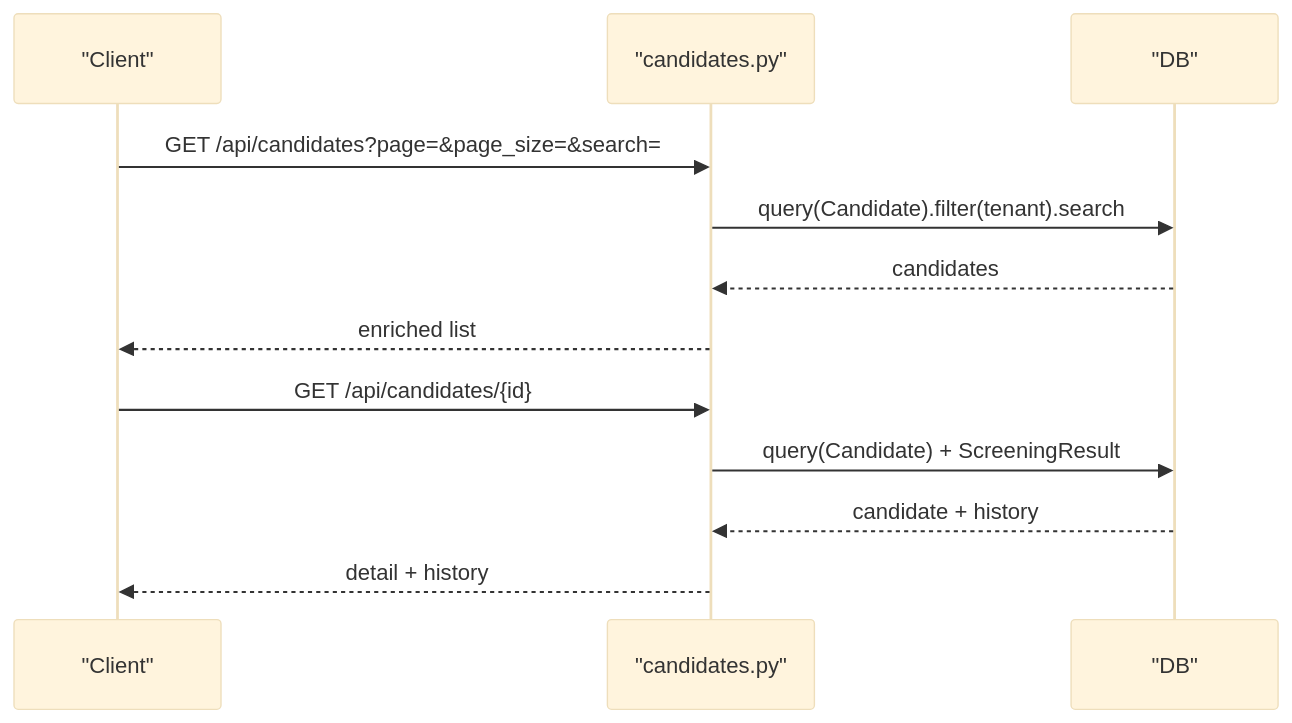
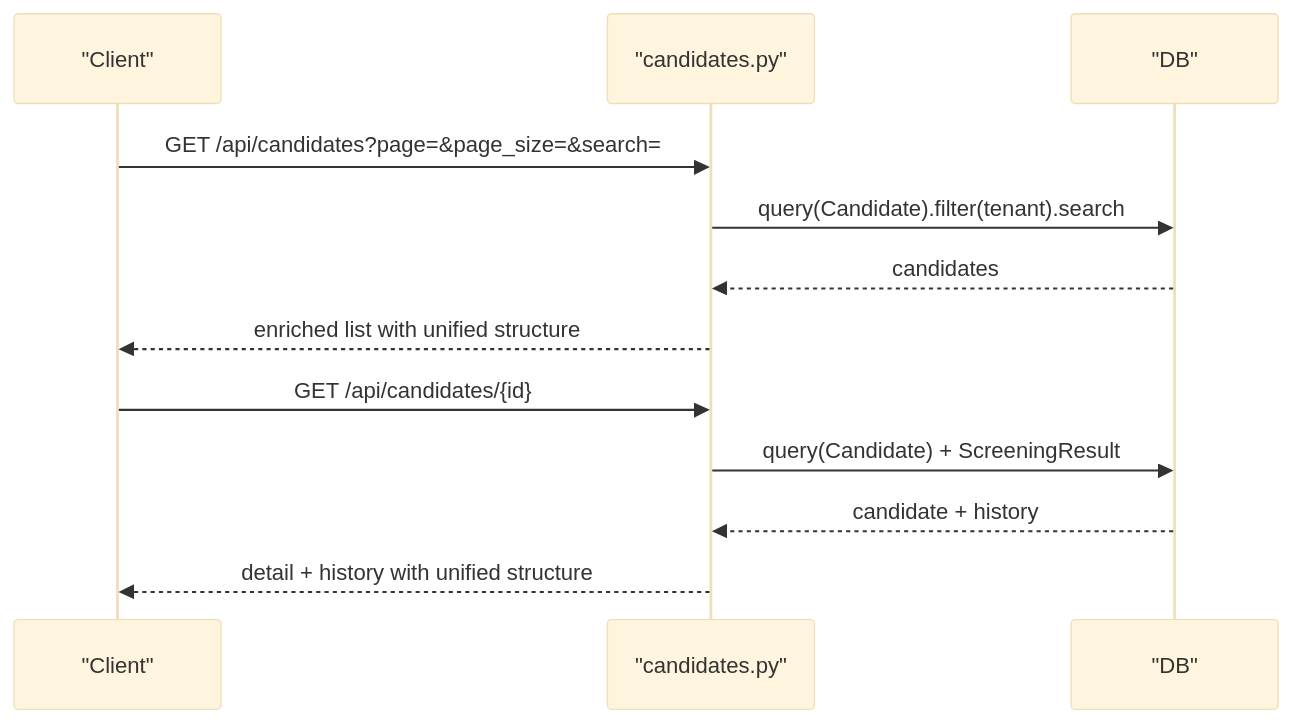
The tenth of 12 diagrams in .qoder/repowiki/en/content/Candidate Management/Candidate Management.md (Revanththetalogics/aireume), drawn with Mermaid (base theme) before and after one commit. The commit also changed other lines of this file and 3 other files, not shown here.

````diff
--- a/.qoder/repowiki/en/content/Candidate Management/Candidate Management.md
+++ b/.qoder/repowiki/en/content/Candidate Management/Candidate Management.md
@@ -459,14 +464,14 @@
 ```mermaid
 sequenceDiagram
 participant Client as "Client"
 participant CandRoute as "candidates.py"
 participant DB as "DB"
 Client->>CandRoute : GET /api/candidates?page=&page_size=&search=
 CandRoute->>DB : query(Candidate).filter(tenant).search
 DB-->>CandRoute : candidates
-CandRoute-->>Client : enriched list
+CandRoute-->>Client : enriched list with unified structure
 Client->>CandRoute : GET /api/candidates/{id}
 CandRoute->>DB : query(Candidate) + ScreeningResult
 DB-->>CandRoute : candidate + history
-CandRoute-->>Client : detail + history
+CandRoute-->>Client : detail + history with unified structure
 ```
````
